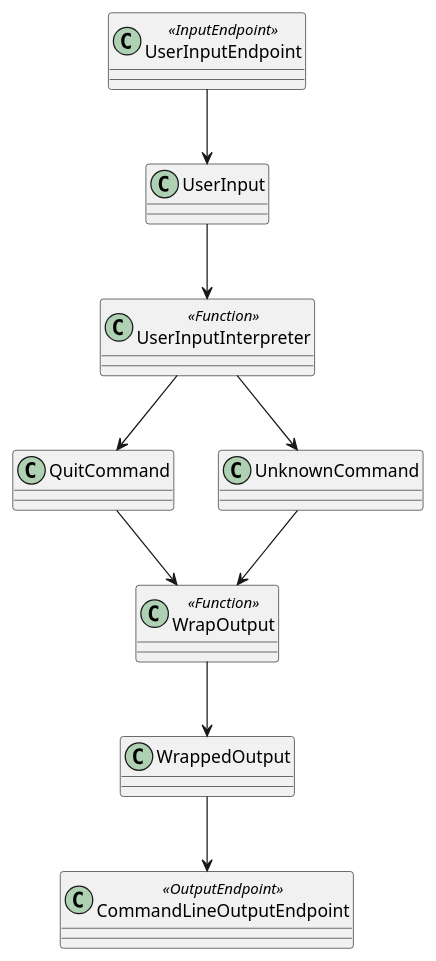
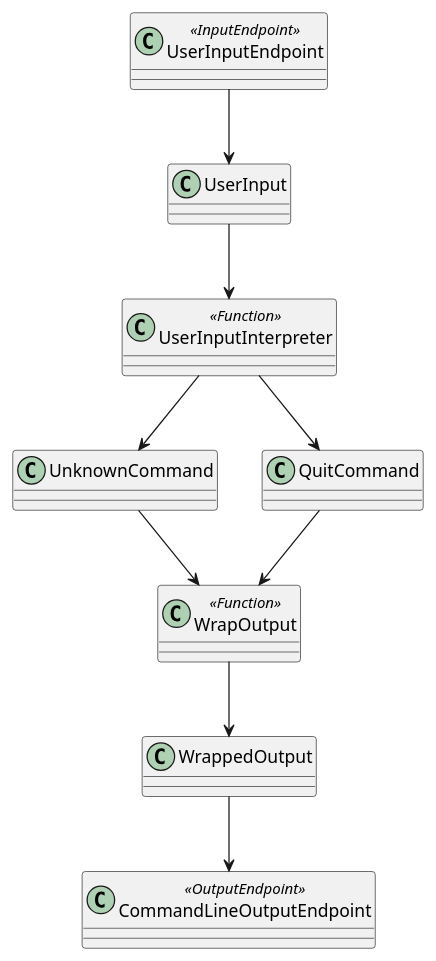
Before and after one commit to notyy/TypeFlow: the diagram in example/example.puml, drawn with PlantUML. The commit also changed 6 other files, not shown here.

Commit message:
model2plantuml complete

```diff
--- a/example/example.puml
+++ b/example/example.puml
@@ -1,51 +1,15 @@
 @startuml
-'class 用户注册界面 {
-'}
-'class 输出类型 {
-'    HttpUserRegisterReq
-'}
-'
-'class UserRegInputTrans
-'class 输入类型 {
-'    HttpUserRegisterReq
-'}
-'class UserRegInputTrans_输出
-'
-'用户注册界面 -> 输出类型
-'输出类型 .r.> 输入类型
-'输入类型 -> UserRegInputTrans
-'UserRegInputTrans -> UserRegInputTrans_输出
-'
-'class ID生成器 {
-'}
-'class ID生成器_输入类型 {
-'    ID类型
-'}
-'class ID生成器_输出类型 {
-'    ID
-'}
-'ID生成器_输入类型 -> ID生成器
-'ID生成器 -> ID生成器_输出类型
-'
-'class 用户注册 {
-'}
-'class 用户注册_输入_ID
-'class 用户注册_输入_UserRegInputTrans_输出
-'用户注册_输入_ID --> 用户注册
-'用户注册_输入_UserRegInputTrans_输出 -> 用户注册
-'UserRegInputTrans_输出 .> 用户注册_输入_UserRegInputTrans_输出
-'ID生成器_输出类型 ..> 用户注册_输入_ID
 class UserInputEndpoint <<InputEndpoint>>
 class UserInputInterpreter <<Function>>
 class WrapOutput <<Function>>
 class CommandLineOutputEndpoint <<OutputEndpoint>>
 
 UserInputEndpoint --> UserInput
 UserInput --> UserInputInterpreter
-UserInputInterpreter --> QuitCommand
 UserInputInterpreter --> UnknownCommand
 UnknownCommand --> WrapOutput
+UserInputInterpreter --> QuitCommand
 QuitCommand --> WrapOutput
 WrapOutput --> WrappedOutput
 WrappedOutput --> CommandLineOutputEndpoint
 @enduml
```
